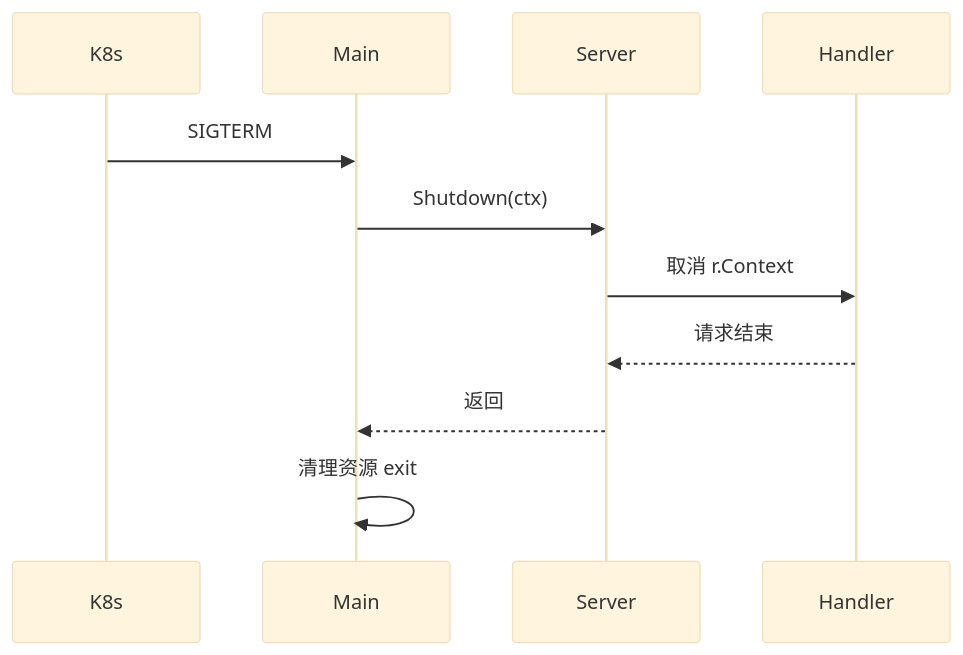
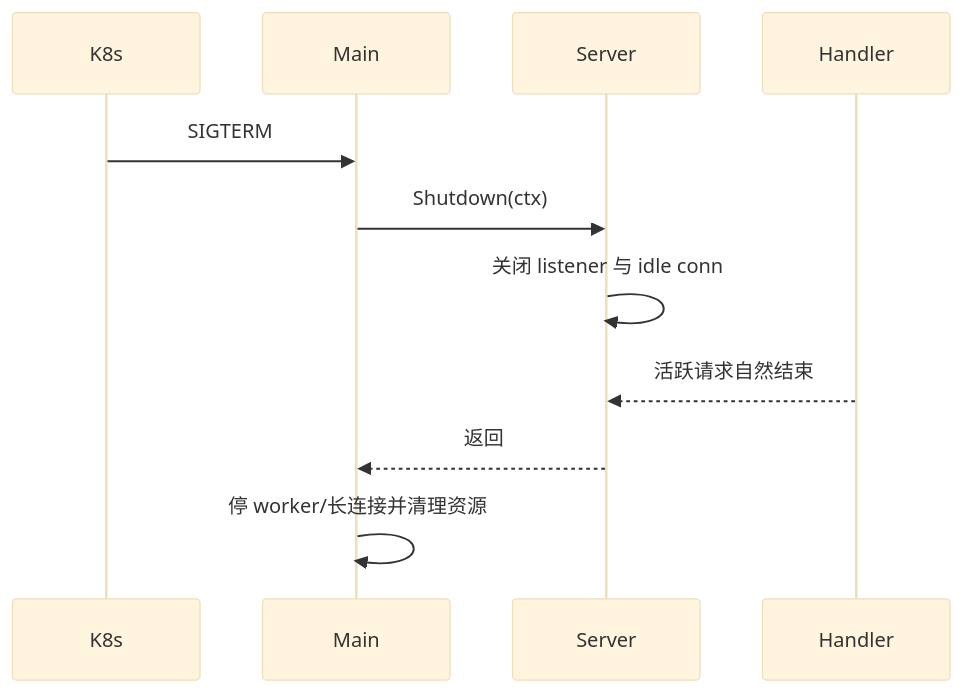
One commit to twodog-tt/Golang-development-manual changed the diagram in docs/interview/08-coding-senior/S-CODE-03-graceful-shutdown.md. Above: the diagram before and after it, drawn with Mermaid (base theme). The commit also changed other lines of this file and 438 other files, not shown here.

````diff
--- a/docs/interview/08-coding-senior/S-CODE-03-graceful-shutdown.md
+++ b/docs/interview/08-coding-senior/S-CODE-03-graceful-shutdown.md
@@ -31,13 +31,13 @@
 ```mermaid
 sequenceDiagram
   participant K8s
   participant Main
   participant Server
   participant Handler
   K8s->>Main: SIGTERM
   Main->>Server: Shutdown(ctx)
-  Server->>Handler: 取消 r.Context
-  Handler-->>Server: 请求结束
+  Server->>Server: 关闭 listener 与 idle conn
+  Handler-->>Server: 活跃请求自然结束
   Server-->>Main: 返回
-  Main->>Main: 清理资源 exit
+  Main->>Main: 停 worker/长连接并清理资源
 ```
````
